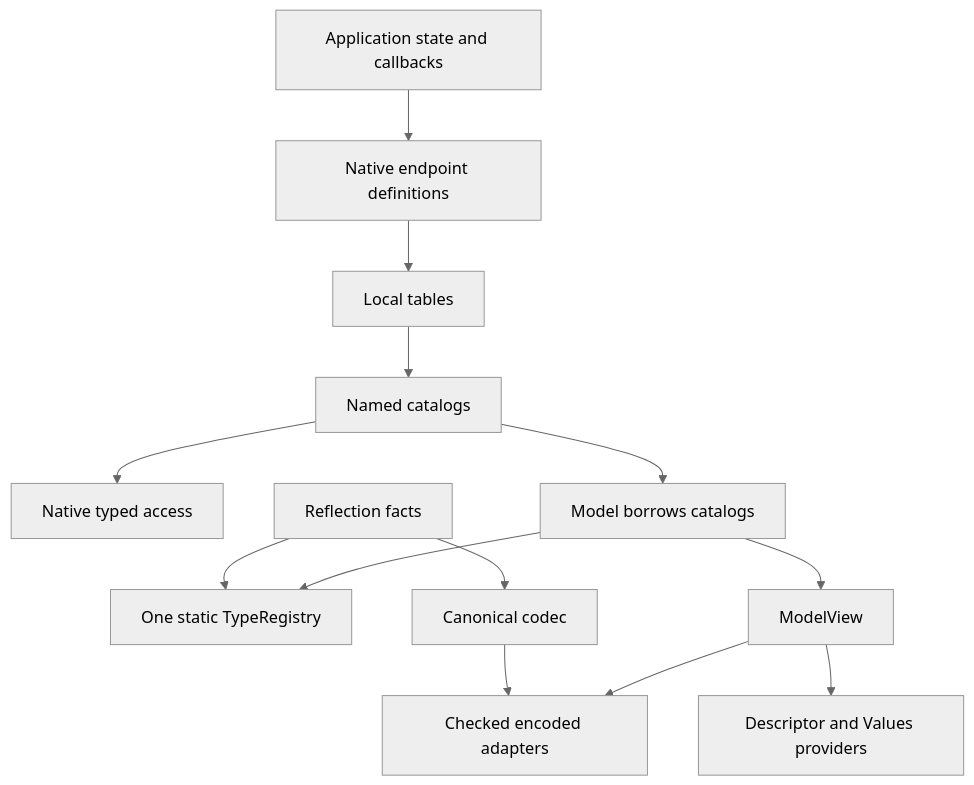
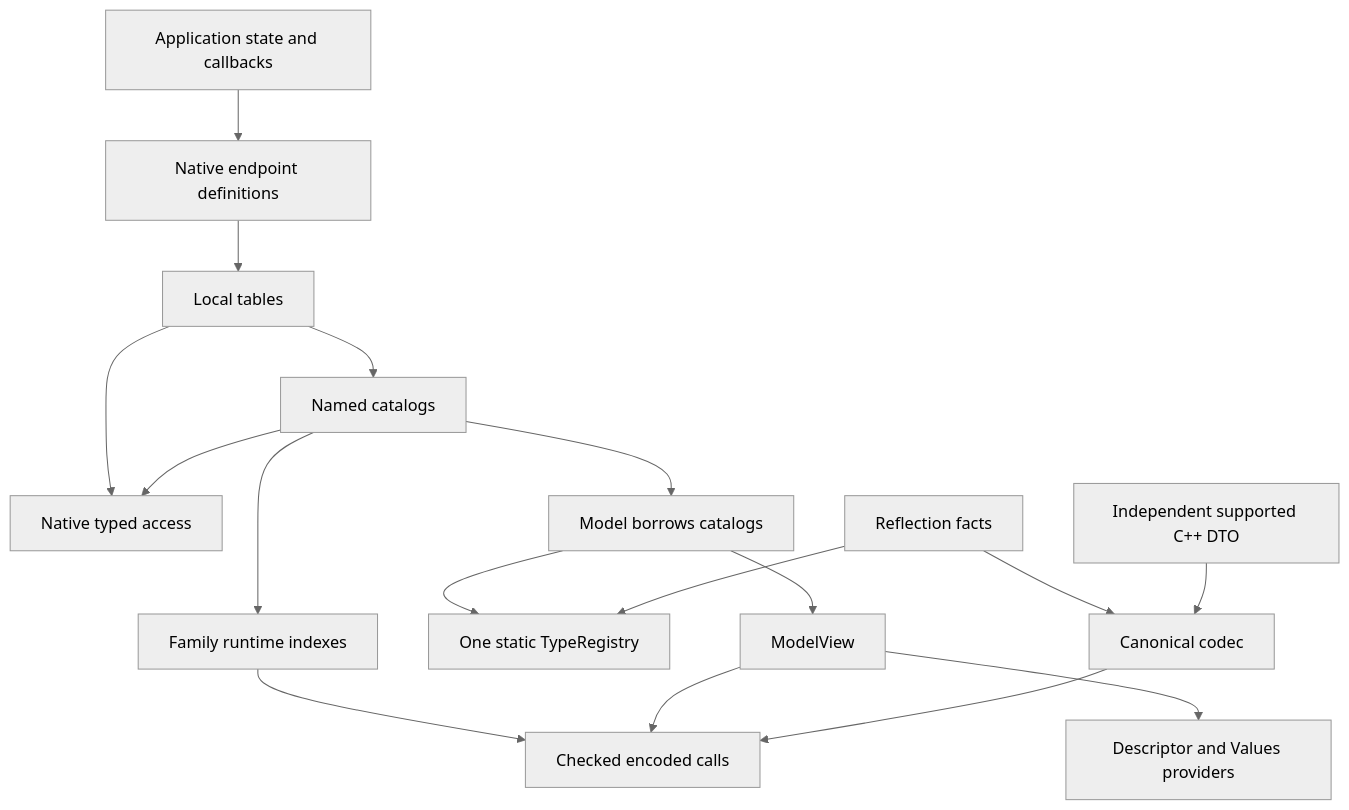
Before and after one commit to shpegun60/telemetry: the diagram in doc/user/Model.md, drawn with Mermaid (neutral theme). The commit also changed other lines of this file and 22 other files, not shown here.

````diff
--- a/doc/user/Model.md
+++ b/doc/user/Model.md
@@ -46,15 +54,19 @@
 ```mermaid
 flowchart TD
     O[Application state and callbacks] --> D[Native endpoint definitions]
     D --> T[Local tables]
+    T --> N[Native typed access]
     T --> C[Named catalogs]
-    C --> N[Native typed access]
+    C --> N
+    C --> I[Family runtime indexes]
+    I --> E[Checked encoded calls]
     C --> M[Model borrows catalogs]
     M --> R[One static TypeRegistry]
     M --> V[ModelView]
-    V --> E[Checked encoded adapters]
+    V --> E
     V --> P[Descriptor and Values providers]
     F[Reflection facts] --> R
     F --> K[Canonical codec]
     K --> E
+    A[Independent supported C++ DTO] --> K
 ```
````
